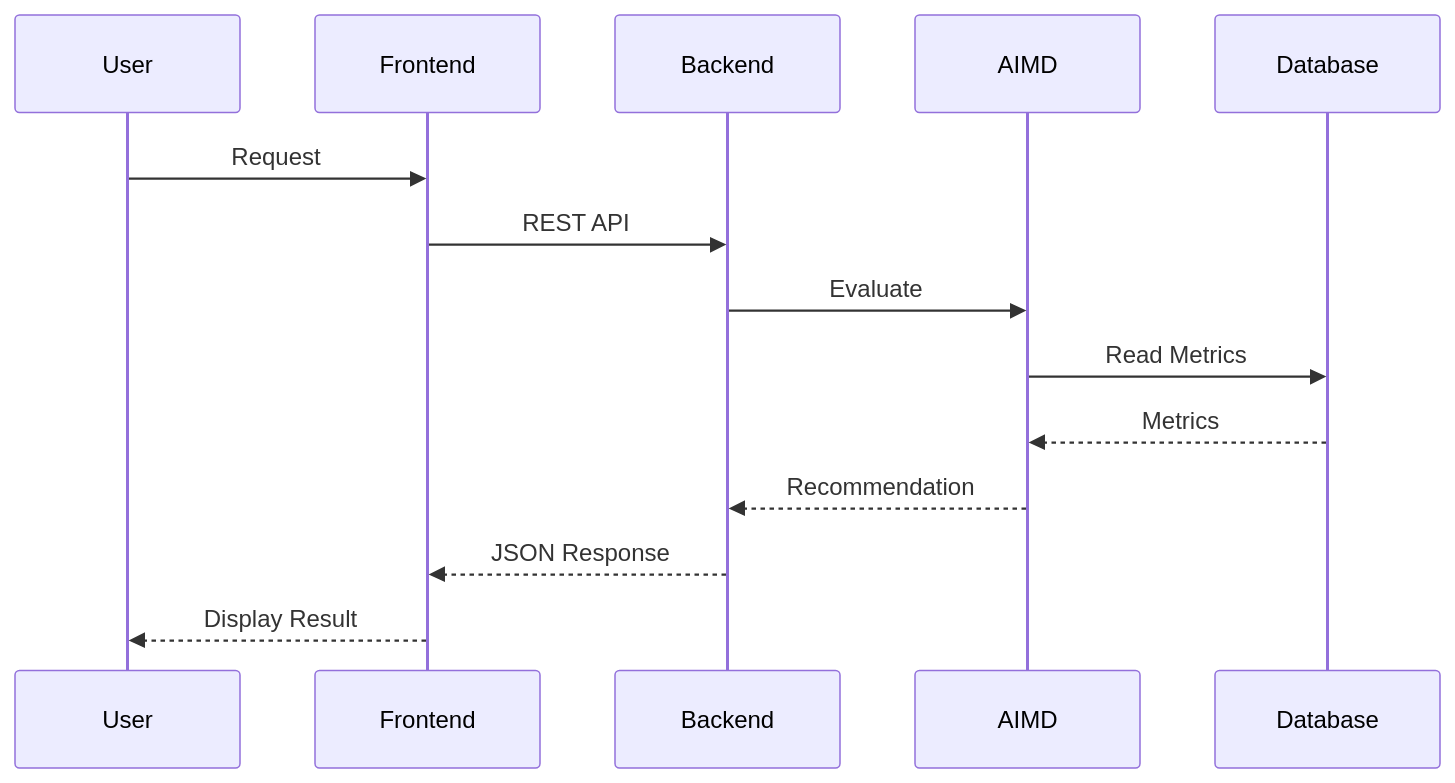
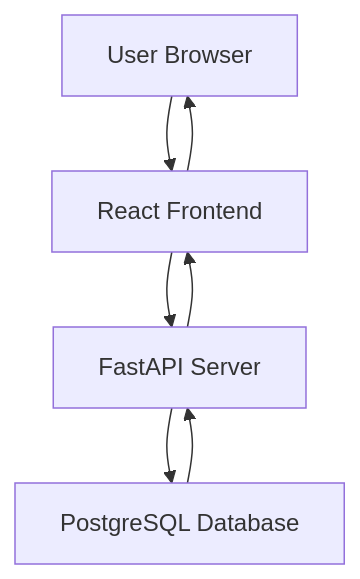
The fifth of 5 diagrams in docs/03-architecture.md (shailendrasinghrathore369/PhoenixML), drawn with Mermaid before and after one commit. The commit also changed other lines of this file and 6 other files, not shown here.

````diff
--- a/docs/03-architecture.md
+++ b/docs/03-architecture.md
@@ -447,29 +424,23 @@
 ```mermaid
-sequenceDiagram
+flowchart TB
 
-participant User
+User["User Browser"]
 
-participant Frontend
+Frontend["React Frontend"]
 
-participant Backend
+Backend["FastAPI Server"]
 
-participant AIMD
+Database["PostgreSQL Database"]
 
-participant Database
+User --> Frontend
 
-User->>Frontend: Request
+Frontend --> Backend
 
-Frontend->>Backend: REST API
+Backend --> Database
 
-Backend->>AIMD: Evaluate
+Database --> Backend
 
-AIMD->>Database: Read Metrics
+Backend --> Frontend
 
-Database-->>AIMD: Metrics
-
-AIMD-->>Backend: Recommendation
-
-Backend-->>Frontend: JSON Response
-
-Frontend-->>User: Display Result
+Frontend --> User
 ```
````
